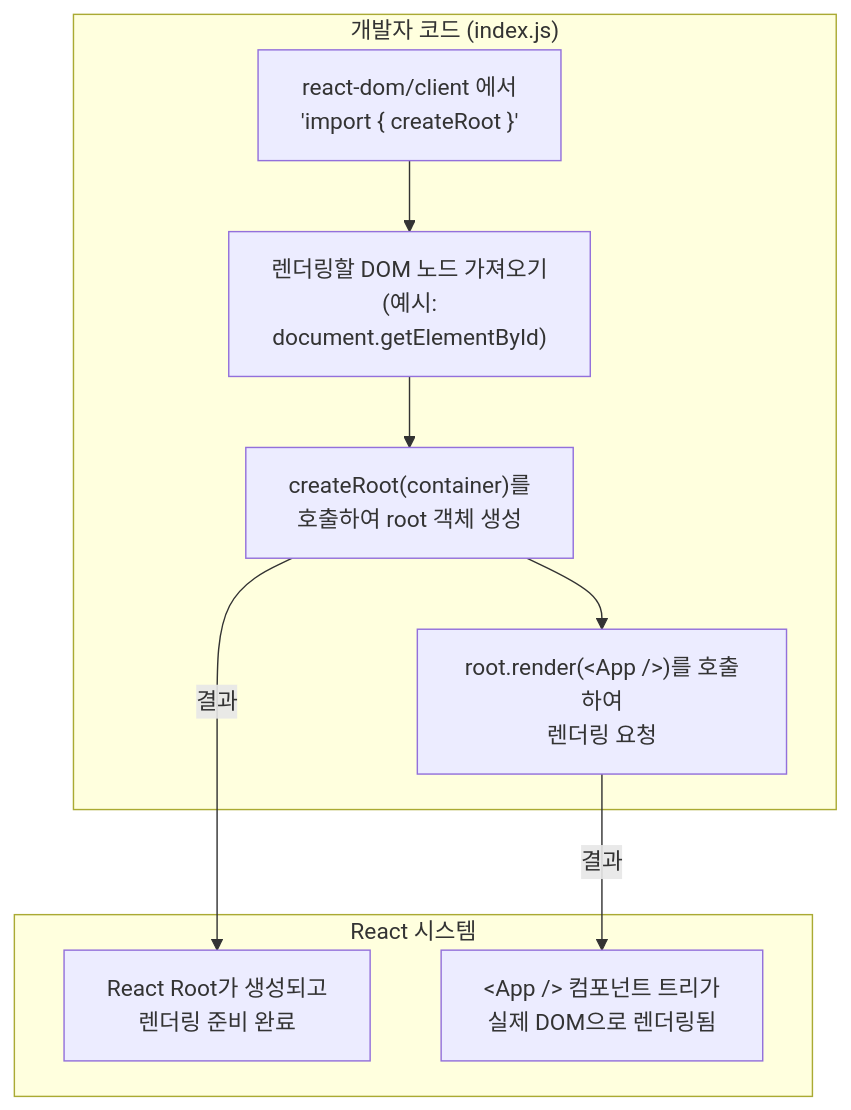
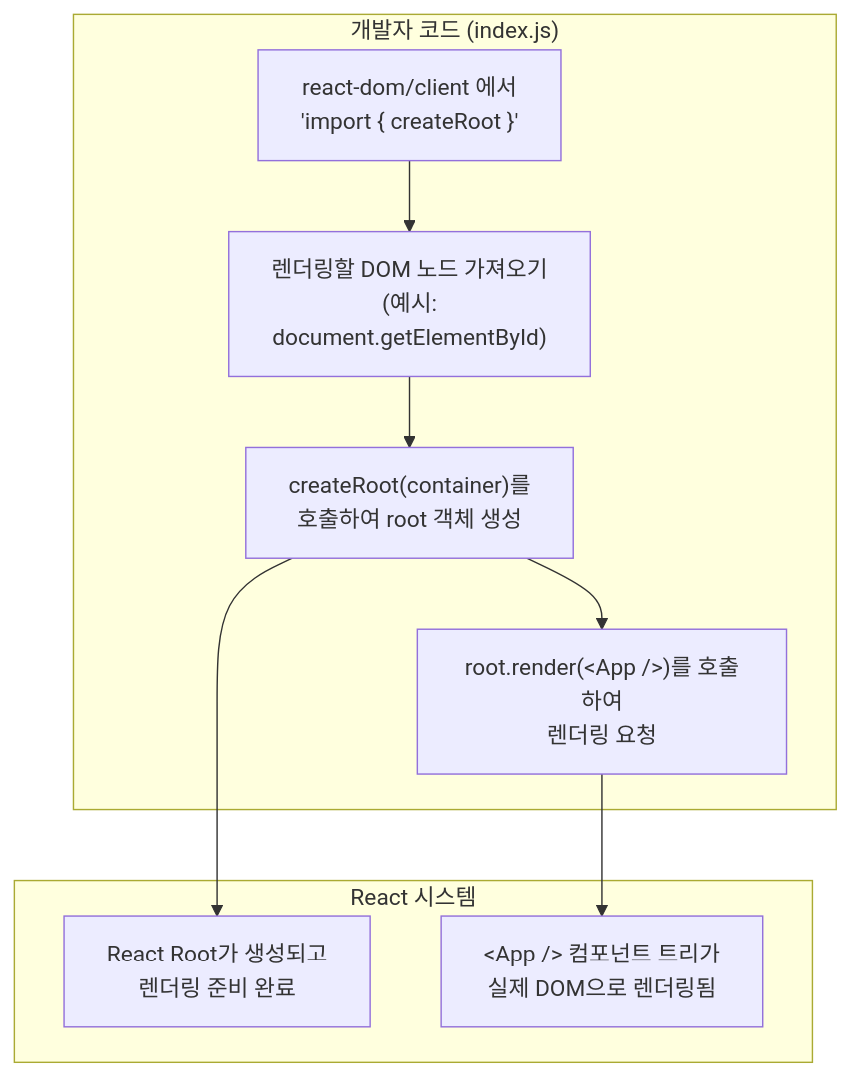
One commit to devtedlee/ted-projects-blog changed the first of 3 diagrams in cmdsppe7y000w02lh4rhkc76h.md. Above: the diagram before and after it, drawn with Mermaid.

Commit message:
update post: React19 Internals 1: 초기 마운트

````diff
--- a/cmdsppe7y000w02lh4rhkc76h.md
+++ b/cmdsppe7y000w02lh4rhkc76h.md
@@ -20,16 +20,16 @@
 ```mermaid
 graph TD
     subgraph a["개발자 코드 (index.js)"]
         A["react-dom/client 에서<br/>'import { createRoot }'"] --> B["렌더링할 DOM 노드 가져오기<br/>(예시: <br />document.getElementById)"]
         B --> C["createRoot(container)를 <br/>호출하여 root 객체 생성"]
         C --> D["root.render(&lt;App /&gt;)를 호출하여<br/>렌더링 요청"]
     end
 
     subgraph b["React 시스템"]
         E["React Root가 생성되고<br/>렌더링 준비 완료"]
         F["&lt;App /&gt; 컴포넌트 트리가<br/>실제 DOM으로 렌더링됨"]
     end
 
-    C -- "결과" --> E
-    D -- "결과" --> F
+    C --> E
+    D --> F
 ```
````
